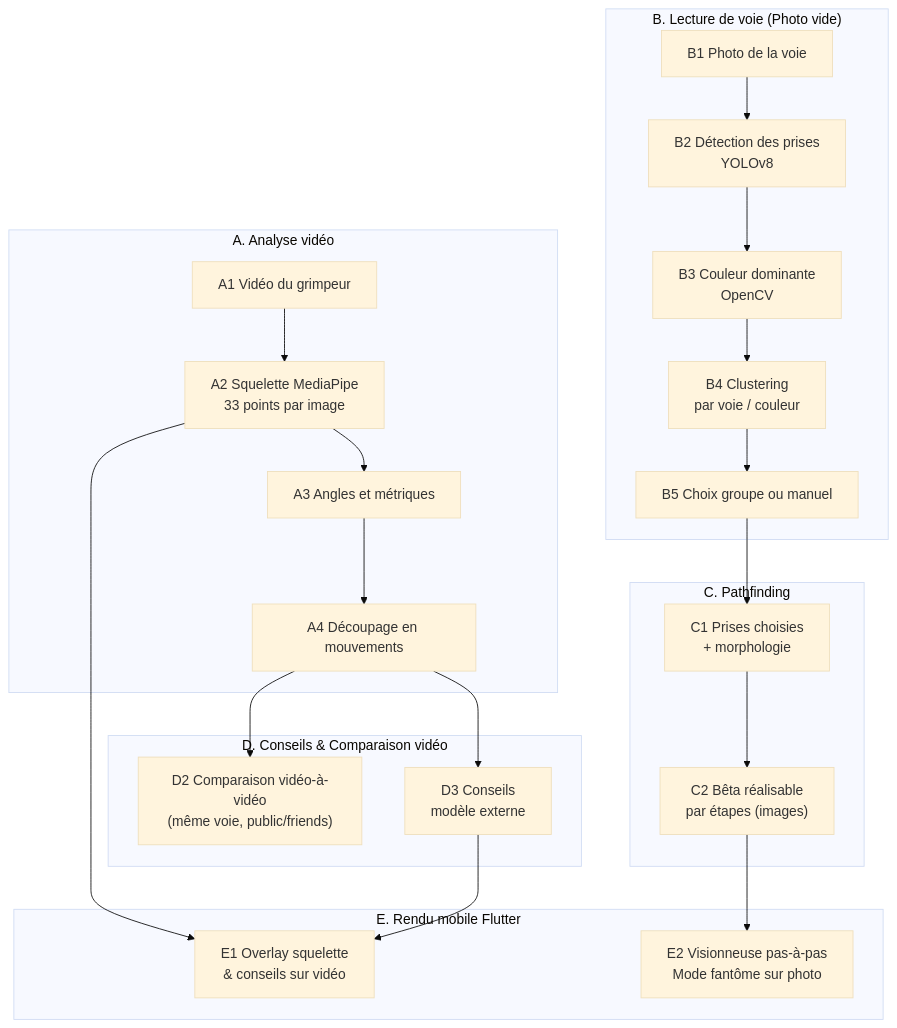
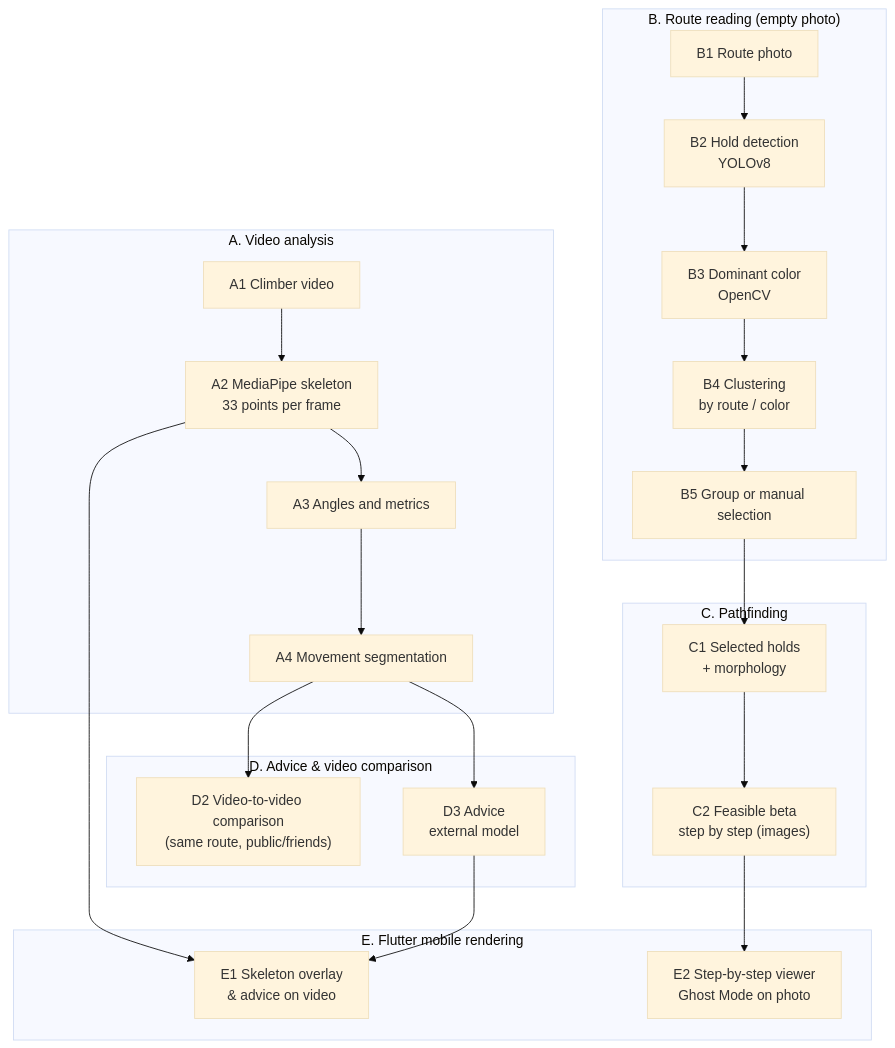
One commit to Ascension-EIP/Ascension changed the first of 2 diagrams in docs/Ascension/developer/apps/ai/pipeline-2d-decomposition.md. Above: the diagram before and after it, drawn with Mermaid (base theme). The commit also changed other lines of this file and 2 other files, not shown here.

First line of the commit message:
docs(ai): translate the AI docs to English and link both pipelines in the overview diagram

````diff
--- a/docs/Ascension/developer/apps/ai/pipeline-2d-decomposition.md
+++ b/docs/Ascension/developer/apps/ai/pipeline-2d-decomposition.md
@@ -37,36 +37,36 @@
 ```mermaid
 flowchart TD
-    subgraph A ["A. Analyse vidéo"]
-        A1["A1 Vidéo du grimpeur"] --> A2["A2 Squelette MediaPipe\n33 points par image"]
-        A2 --> A3["A3 Angles et métriques"]
-        A3 --> A4["A4 Découpage en mouvements"]
+    subgraph A ["A. Video analysis"]
+        A1["A1 Climber video"] --> A2["A2 MediaPipe skeleton\n33 points per frame"]
+        A2 --> A3["A3 Angles and metrics"]
+        A3 --> A4["A4 Movement segmentation"]
     end
 
-    subgraph D ["D. Conseils & Comparaison vidéo"]
-        D2["D2 Comparaison vidéo-à-vidéo\n(même voie, public/friends)"]
-        D3["D3 Conseils\nmodèle externe"]
+    subgraph D ["D. Advice & video comparison"]
+        D2["D2 Video-to-video comparison\n(same route, public/friends)"]
+        D3["D3 Advice\nexternal model"]
     end
 
-    subgraph B ["B. Lecture de voie (Photo vide)"]
-        B1["B1 Photo de la voie"] --> B2["B2 Détection des prises\nYOLOv8"]
-        B2 --> B3["B3 Couleur dominante\nOpenCV"]
-        B3 --> B4["B4 Clustering\npar voie / couleur"]
-        B4 --> B5["B5 Choix groupe ou manuel"]
+    subgraph B ["B. Route reading (empty photo)"]
+        B1["B1 Route photo"] --> B2["B2 Hold detection\nYOLOv8"]
+        B2 --> B3["B3 Dominant color\nOpenCV"]
+        B3 --> B4["B4 Clustering\nby route / color"]
+        B4 --> B5["B5 Group or manual selection"]
     end
 
     subgraph C ["C. Pathfinding"]
-        C1["C1 Prises choisies\n+ morphologie"] --> C2["C2 Bêta réalisable\npar étapes (images)"]
+        C1["C1 Selected holds\n+ morphology"] --> C2["C2 Feasible beta\nstep by step (images)"]
     end
 
-    subgraph E ["E. Rendu mobile Flutter"]
-        E1["E1 Overlay squelette\n& conseils sur vidéo"]
-        E2["E2 Visionneuse pas-à-pas\nMode fantôme sur photo"]
+    subgraph E ["E. Flutter mobile rendering"]
+        E1["E1 Skeleton overlay\n& advice on video"]
+        E2["E2 Step-by-step viewer\nGhost Mode on photo"]
     end
 
     A4 --> D3
     A4 --> D2
     A2 --> E1
     D3 --> E1
     B5 --> C1
     C2 --> E2
 ```
````
